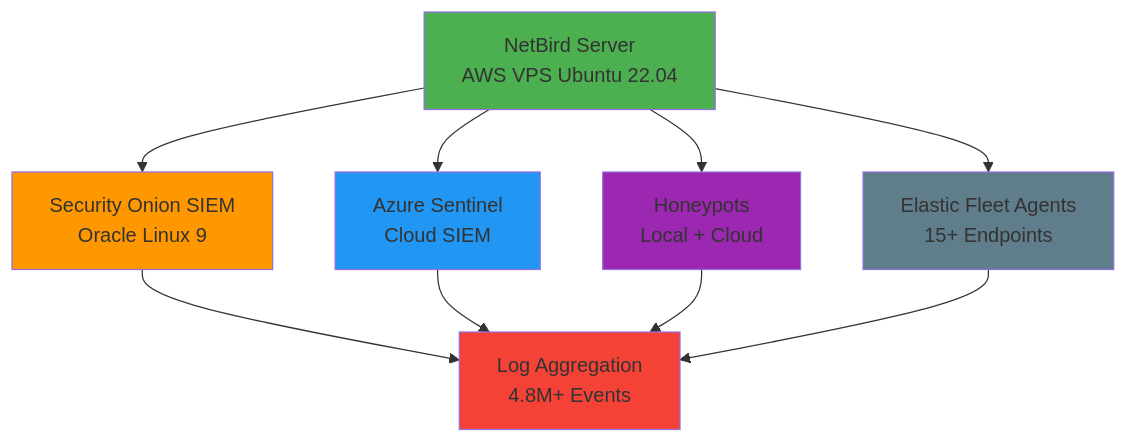
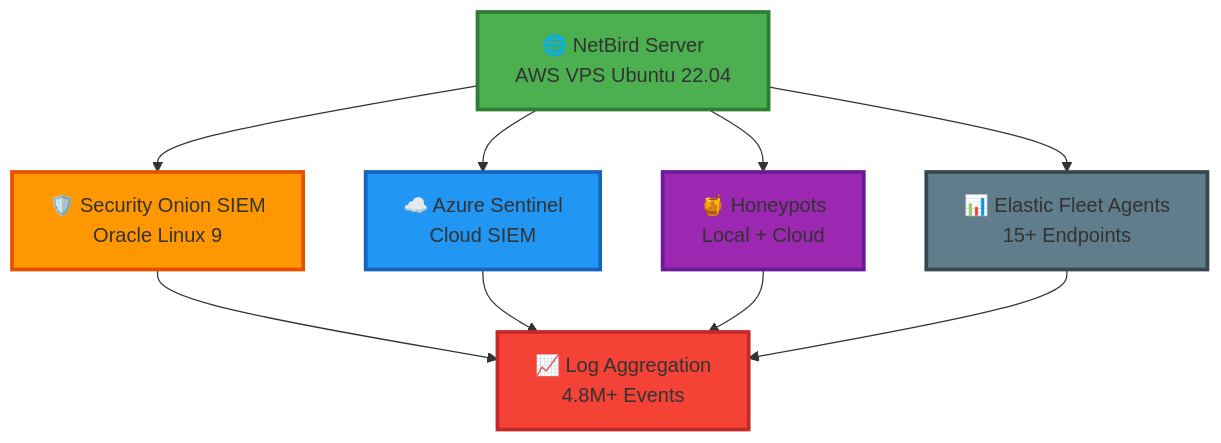
Before and after one commit to robertpreshyl/netbird-cloud-local-siem: the diagram in README.md, drawn with Mermaid. The commit also changed other lines of this file, not shown here.

````diff
--- a/README.md
+++ b/README.md
@@ -87,19 +59,19 @@
 ```mermaid
 graph TB
-    A[NetBird Server<br/>AWS VPS Ubuntu 22.04] --> B[Security Onion SIEM<br/>Oracle Linux 9]
-    A --> C[Azure Sentinel<br/>Cloud SIEM]
-    A --> D[Honeypots<br/>Local + Cloud]
-    A --> E[Elastic Fleet Agents<br/>15+ Endpoints]
+    A[🌐 NetBird Server<br/>AWS VPS Ubuntu 22.04] --> B[🛡️ Security Onion SIEM<br/>Oracle Linux 9]
+    A --> C[☁️ Azure Sentinel<br/>Cloud SIEM]
+    A --> D[🍯 Honeypots<br/>Local + Cloud]
+    A --> E[📊 Elastic Fleet Agents<br/>15+ Endpoints]
     
-    B --> F[Log Aggregation<br/>4.8M+ Events]
+    B --> F[📈 Log Aggregation<br/>4.8M+ Events]
     C --> F
     D --> F
     E --> F
     
-    style A fill:#4CAF50
-    style B fill:#FF9800
-    style C fill:#2196F3
-    style D fill:#9C27B0
-    style E fill:#607D8B
-    style F fill:#F44336
+    style A fill:#4CAF50,stroke:#2E7D32,stroke-width:3px
+    style B fill:#FF9800,stroke:#E65100,stroke-width:3px
+    style C fill:#2196F3,stroke:#1565C0,stroke-width:3px
+    style D fill:#9C27B0,stroke:#6A1B9A,stroke-width:3px
+    style E fill:#607D8B,stroke:#37474F,stroke-width:3px
+    style F fill:#F44336,stroke:#C62828,stroke-width:3px
 ```
````
